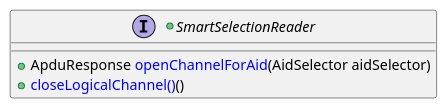
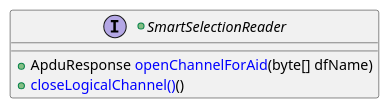
One commit to calypsonet/keyple changed the fourth of 11 diagrams in src/KeypleCoreApi/puml/KeypleCore_Plugin_ClassDiag_ClassElements.iuml. Above: the diagram before and after it, drawn with PlantUML. The commit also changed other lines of this file and 3 other files, not shown here.

```diff
--- a/src/KeypleCoreApi/puml/KeypleCore_Plugin_ClassDiag_ClassElements.iuml
+++ b/src/KeypleCoreApi/puml/KeypleCore_Plugin_ClassDiag_ClassElements.iuml
@@ -33,6 +33,6 @@
 @startuml(id=PLUGIN_SMART_SELECTION_1_0_0)
 +interface SmartSelectionReader {
-  +ApduResponse <color:blue>openChannelForAid</color>(AidSelector aidSelector)
+  +ApduResponse <color:blue>openChannelForAid</color>(byte[] dfName)
   +<color:blue>closeLogicalChannel()</color>()
 }
 @enduml
```
